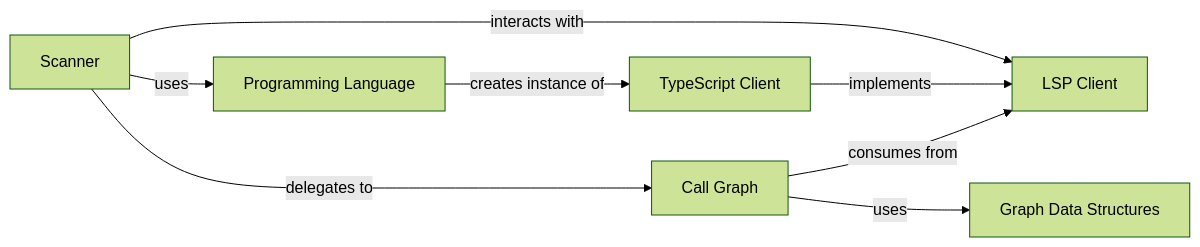
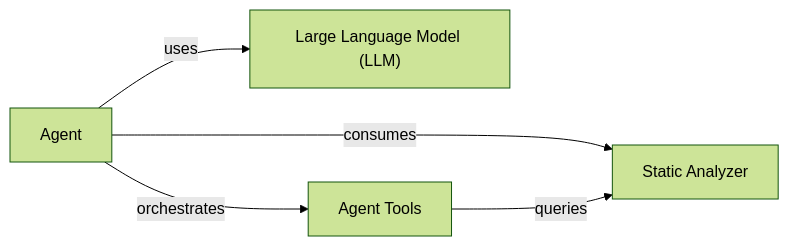
One commit to mariyam866/CodeBoarding changed the diagram in .codeboarding/Static_Analyzer.md. Above: the diagram before and after it, drawn with Mermaid (forest theme). The commit also changed other lines of this file and 10 other files, not shown here.

First line of the commit message:
docs: update codeboarding documentation and generate architecture

````diff
--- a/.codeboarding/Static_Analyzer.md
+++ b/.codeboarding/Static_Analyzer.md
@@ -1,16 +1,12 @@
 ```mermaid
 graph LR
-    Scanner["Scanner"]
-    Programming_Language["Programming Language"]
-    LSP_Client["LSP Client"]
-    TypeScript_Client["TypeScript Client"]
-    Call_Graph["Call Graph"]
-    Graph_Data_Structures["Graph Data Structures"]
-    Scanner -- "uses" --> Programming_Language
-    Scanner -- "interacts with" --> LSP_Client
-    Scanner -- "delegates to" --> Call_Graph
-    Programming_Language -- "creates instance of" --> TypeScript_Client
-    TypeScript_Client -- "implements" --> LSP_Client
-    Call_Graph -- "consumes from" --> LSP_Client
-    Call_Graph -- "uses" --> Graph_Data_Structures
+    Agent["Agent"]
+    Static_Analyzer["Static Analyzer"]
+    Large_Language_Model_LLM_["Large Language Model (LLM)"]
+    Agent_Tools["Agent Tools"]
+    Agent -- "uses" --> Large_Language_Model_LLM_
+    Agent -- "orchestrates" --> Agent_Tools
+    Agent -- "consumes" --> Static_Analyzer
+    Agent_Tools -- "queries" --> Static_Analyzer
+    click Static_Analyzer href "https://github.com/CodeBoarding/CodeBoarding/blob/main/.codeboarding/Static_Analyzer.md" "Details"
 ```
````
